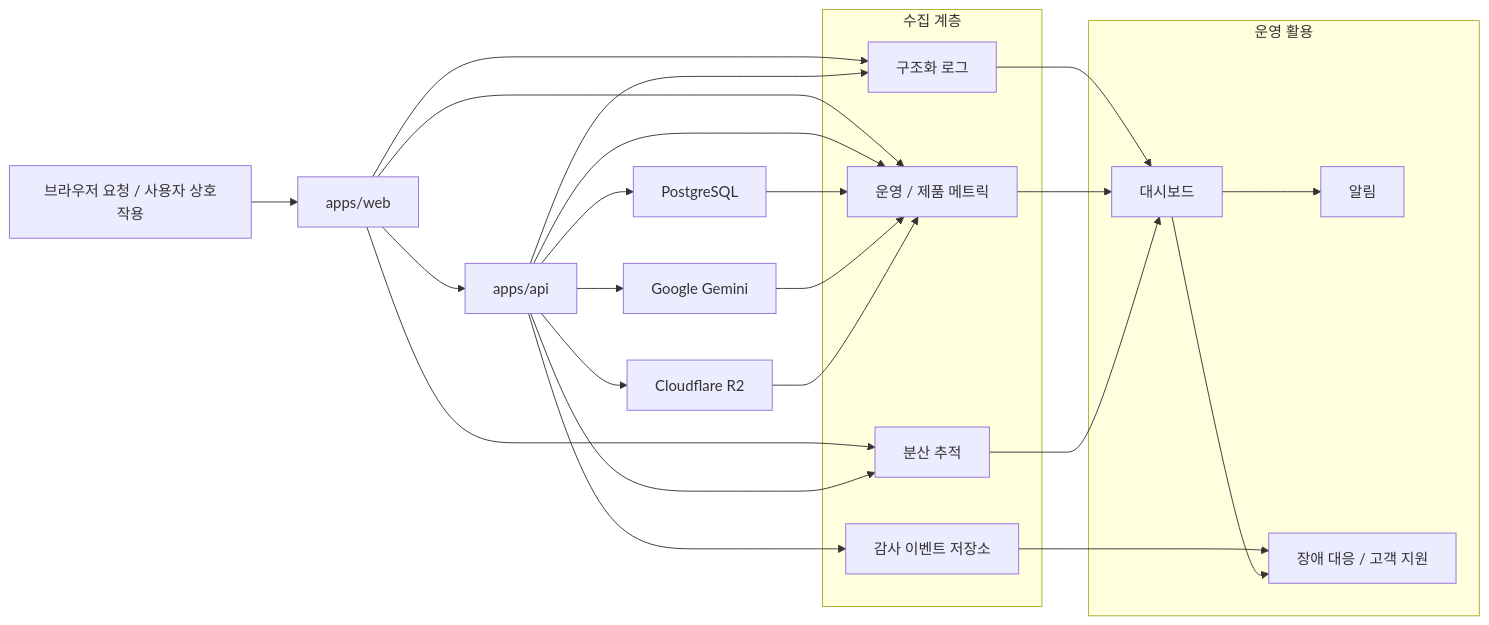
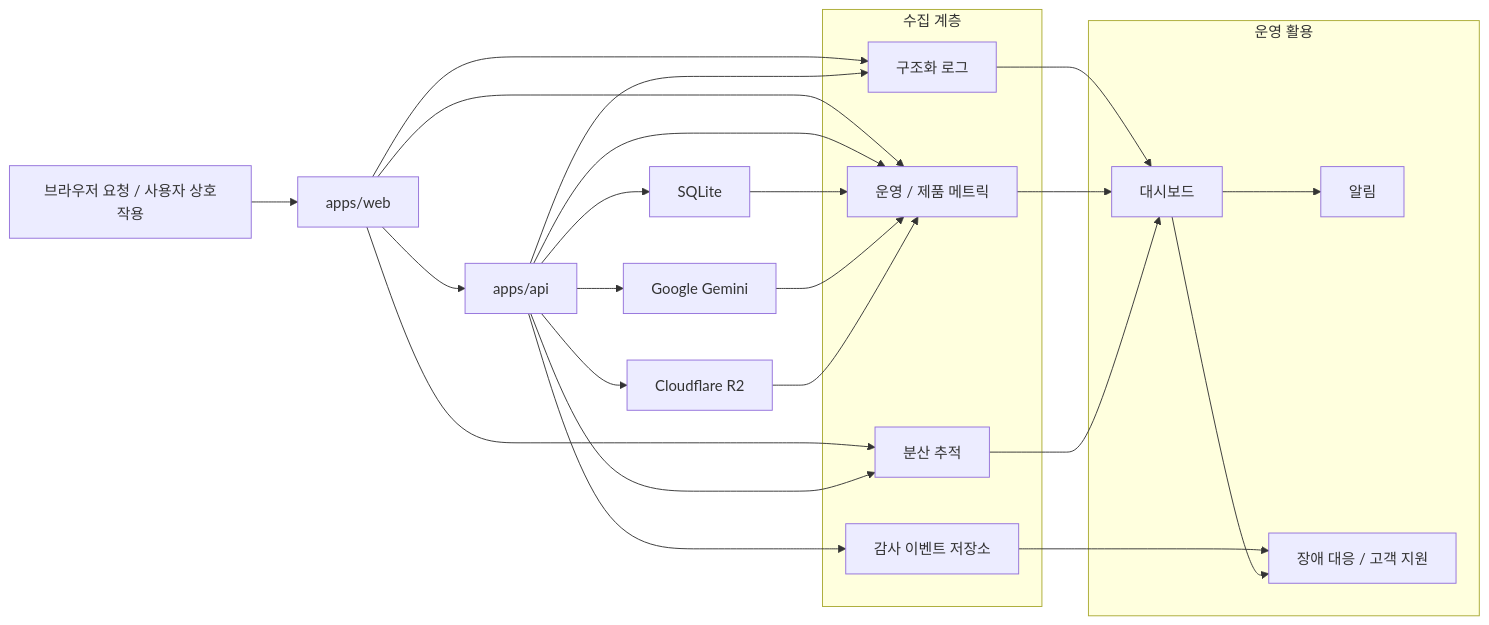
Before and after one commit to qaws7791/writing-app: the diagram in docs/03-architecture/diagrams/observability-flow.md, drawn with Mermaid. The commit also changed 20 other files, not shown here.

````diff
--- a/docs/03-architecture/diagrams/observability-flow.md
+++ b/docs/03-architecture/diagrams/observability-flow.md
@@ -10,46 +10,46 @@
 ```mermaid
 flowchart LR
     browser["브라우저 요청 / 사용자 상호작용"]
     web["apps/web"]
     api["apps/api"]
-    db["PostgreSQL"]
+    db["SQLite"]
     ai["Google Gemini"]
     storage["Cloudflare R2"]
 
     subgraph collection["수집 계층"]
         logs["구조화 로그"]
         metrics["운영 / 제품 메트릭"]
         traces["분산 추적"]
         audit["감사 이벤트 저장소"]
     end
 
     subgraph operations["운영 활용"]
         dashboards["대시보드"]
         alerts["알림"]
         support["장애 대응 / 고객 지원"]
     end
 
     browser --> web
     web --> api
     api --> db
     api --> ai
     api --> storage
 
     web --> logs
     web --> metrics
     web --> traces
     api --> logs
     api --> metrics
     api --> traces
     api --> audit
     db --> metrics
     ai --> metrics
     storage --> metrics
 
     logs --> dashboards
     metrics --> dashboards
     traces --> dashboards
     audit --> support
     dashboards --> alerts
     dashboards --> support
 ```
````
